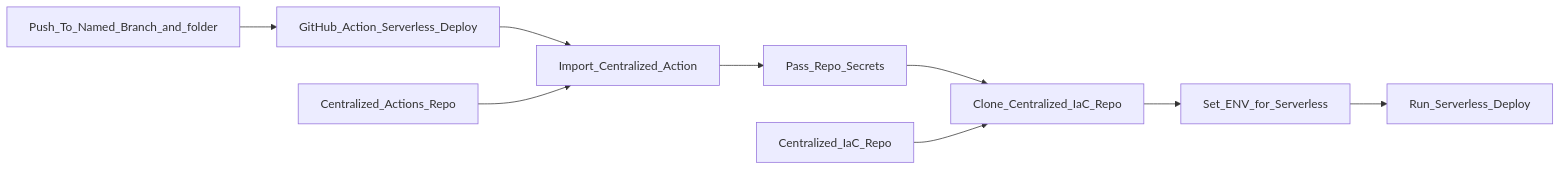
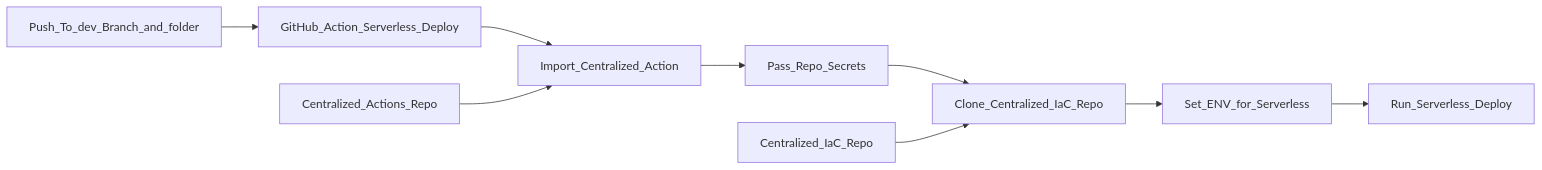
One commit to OpsWrangler/OW-HelloWorld changed the diagram in README.md. Above: the diagram before and after it, drawn with Mermaid. The commit also changed other lines of this file, not shown here.

````diff
--- a/README.md
+++ b/README.md
@@ -20,12 +20,12 @@
 ```mermaid
 graph LR
-    Push_To_Named_Branch_and_folder -->
+    Push_To_dev_Branch_and_folder -->
     GitHub_Action_Serverless_Deploy -->
     Import_Centralized_Action -->
     Pass_Repo_Secrets -->
     Clone_Centralized_IaC_Repo -->
     Set_ENV_for_Serverless -->
     Run_Serverless_Deploy
     Centralized_Actions_Repo --> Import_Centralized_Action
     Centralized_IaC_Repo --> Clone_Centralized_IaC_Repo
 ```
````
